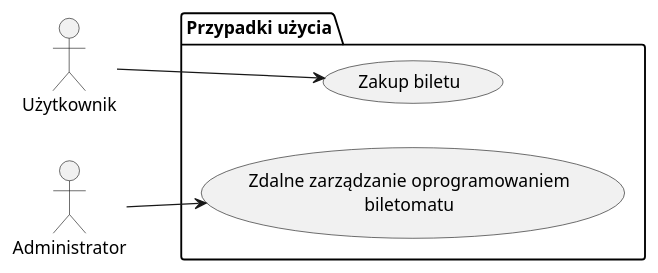
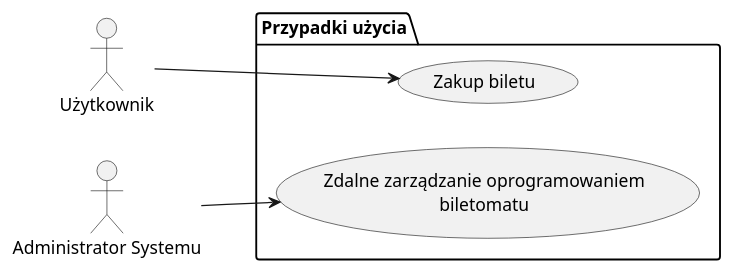
Before and after one commit to janszopa/Biletomat-ZTM: the diagram in UseCase1.puml, drawn with PlantUML.

```diff
--- a/UseCase1.puml
+++ b/UseCase1.puml
@@ -1,15 +1,15 @@
 @startuml
 left to right direction
 
 actor "Użytkownik" as User
-actor "Administrator" as Admin
+actor "Administrator Systemu" as Admin
 
 package "Przypadki użycia" {
     usecase "Zakup biletu" as UC_Bilet
     usecase "Zdalne zarządzanie oprogramowaniem\nbiletomatu" as UC_Zarządzanie
 }
 
 User --> UC_Bilet
 Admin --> UC_Zarządzanie
 
 @enduml
```
